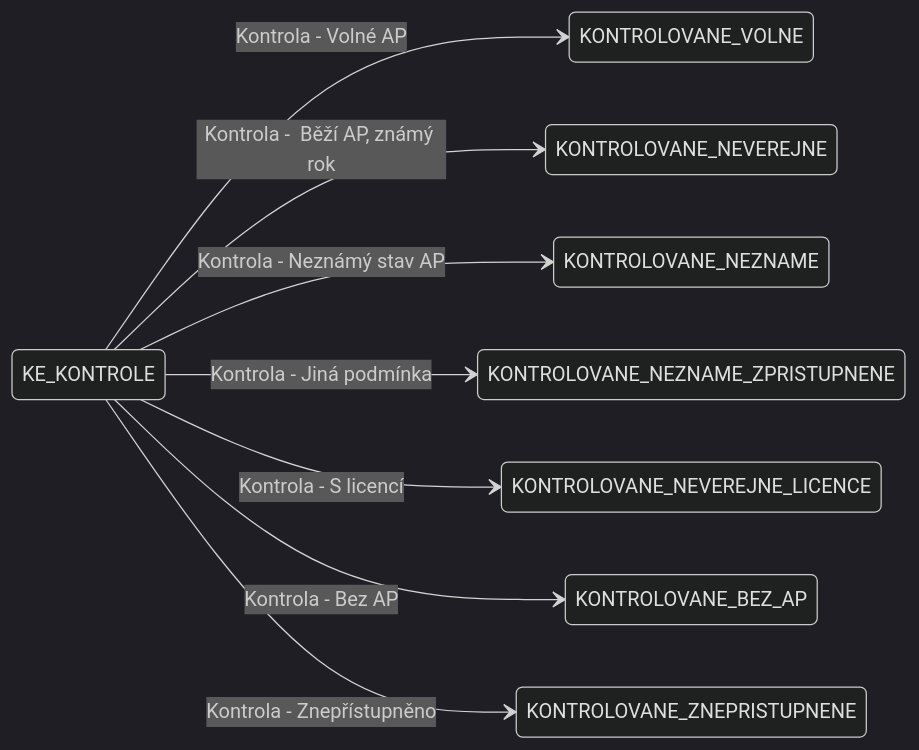
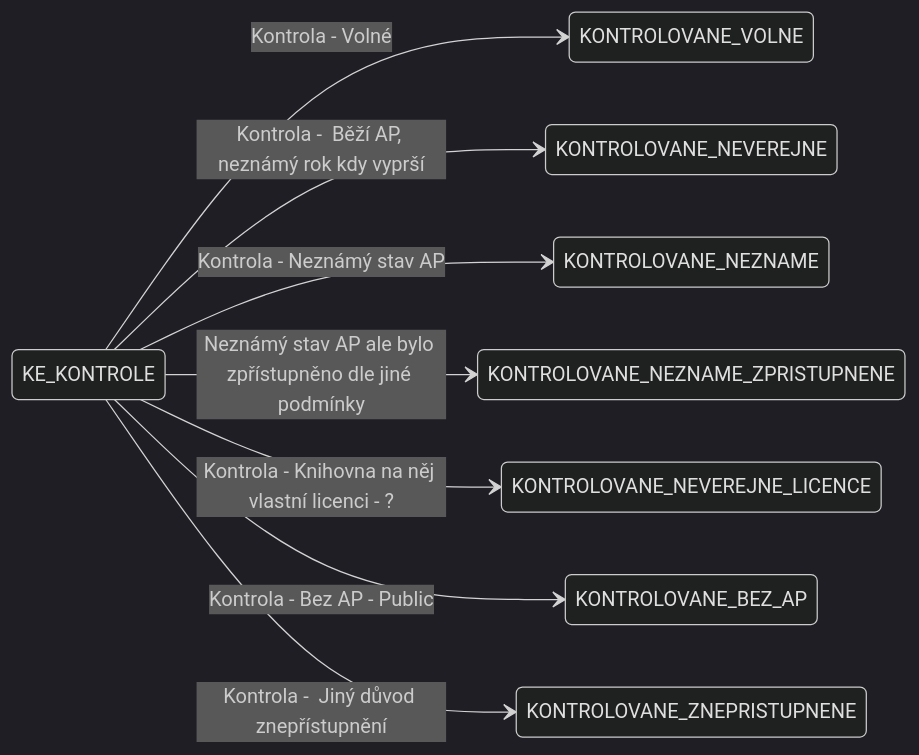
One commit to ceskaexpedice/kapp changed the second of 2 diagrams in README.md. Above: the diagram before and after it, drawn with Mermaid (dark theme).

````diff
--- a/README.md
+++ b/README.md
@@ -36,29 +36,29 @@
 ```mermaid
 stateDiagram-v2
     direction LR
 
     state Imported <<start>>
     state Konec <<end>>
 
     state NEKONTROLOVANÉ_ZPŘÍSTUPNĚNÉ : Automaticky přidělovaná licence public - Nedochází ke kurátorské kontrole (Monografie pred rokem 1900 a rocniky starsi nez 110 let)
     state NEKONTROLOVANÉ : Automaticky přidělovaná licence onsite - Nedochází ke kurátorské kontrole (Mapy, monografie a hudebniny vydané před méně než 70 lety)
     state KE_KONTROLE : Nutná kurátorská kontrola
 
     state KONTROLOVANÉ_VOLNÉ : Public (Volné AP)
     state KONTROLOVANÉ_NEVEŘEJNÉ : Private (Běží AP, s rozhodným rokem)
     state KONTROLOVANÉ_NEZNÁMÉ : Private (Neznámý stav AP)
     state KONTROLOVANÉ_NEZNÁMÉ_ZPŘÍSTUPNĚNÉ : Public (Neznámé AP, ale zpřístupněno)
     state KONTROLOVANÉ_NEVEŘEJNÉ_LICENCE : Public/Private (Neveřejné, ale s licencí)
     state KONTROLOVANÉ_BEZ_AP : Public (Dílo bez AP)
     state KONTROLOVANÉ_ZNEPŘÍSTUPNĚNÉ : Private (Znepřístupněno)
 
 
     %% Přechody po kurátorské kontrole
-    KE_KONTROLE --> KONTROLOVANE_VOLNE : Kontrola - Volné AP
-    KE_KONTROLE --> KONTROLOVANE_NEVEREJNE : Kontrola -  Běží AP, známý rok
-    KE_KONTROLE --> KONTROLOVANE_NEZNAME : Kontrola - Neznámý stav AP
-    KE_KONTROLE --> KONTROLOVANE_NEZNAME_ZPRISTUPNENE : Kontrola - Jiná podmínka
-    KE_KONTROLE --> KONTROLOVANE_NEVEREJNE_LICENCE : Kontrola - S licencí
-    KE_KONTROLE --> KONTROLOVANE_BEZ_AP : Kontrola - Bez AP
-    KE_KONTROLE --> KONTROLOVANE_ZNEPRISTUPNENE : Kontrola - Znepřístupněno
+    KE_KONTROLE --> KONTROLOVANE_VOLNE : Kontrola - Volné
+    KE_KONTROLE --> KONTROLOVANE_NEVEREJNE : Kontrola -  Běží AP, neznámý rok kdy vyprší 
+    KE_KONTROLE --> KONTROLOVANE_NEZNAME : Kontrola - Neznámý stav AP 
+    KE_KONTROLE --> KONTROLOVANE_NEZNAME_ZPRISTUPNENE : Neznámý stav AP ale bylo zpřístupněno dle jiné podmínky 
+    KE_KONTROLE --> KONTROLOVANE_NEVEREJNE_LICENCE : Kontrola - Knihovna na něj vlastní licenci - ? 
+    KE_KONTROLE --> KONTROLOVANE_BEZ_AP : Kontrola - Bez AP - Public
+    KE_KONTROLE --> KONTROLOVANE_ZNEPRISTUPNENE : Kontrola -  Jiný důvod znepřístupnění  
 ```
````
